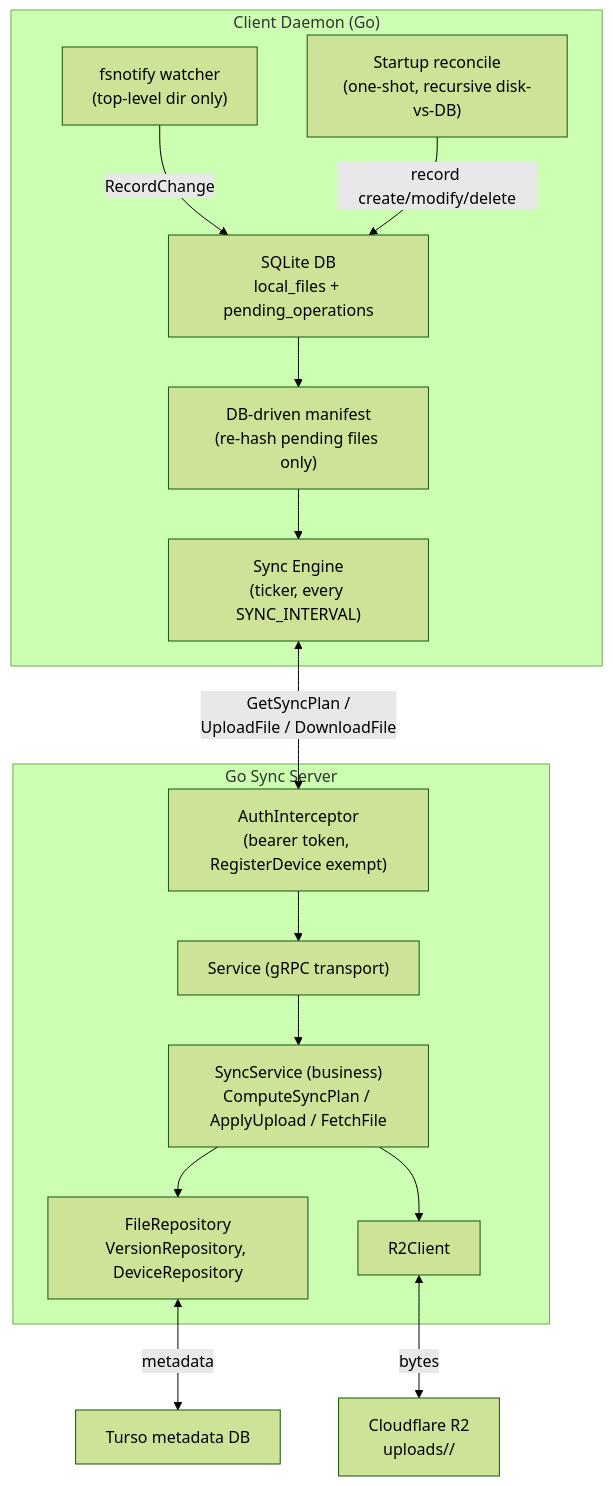
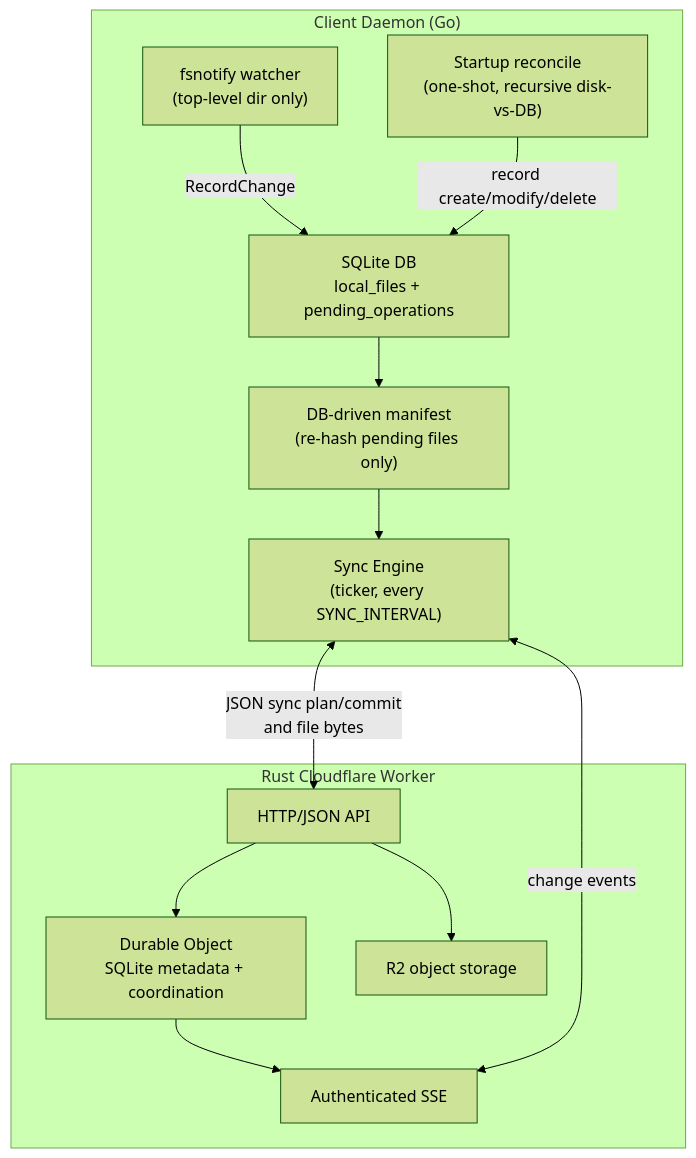
Before and after one commit to ShivangNagta/data_sync: the diagram in README.md, drawn with Mermaid (forest theme). The commit also changed other lines of this file and 21 other files, not shown here.

````diff
--- a/README.md
+++ b/README.md
@@ -8,35 +8,29 @@
 ```mermaid
 flowchart TB
     subgraph Client["Client Daemon (Go)"]
         Watcher["fsnotify watcher<br/>(top-level dir only)"]
         Reconcile["Startup reconcile<br/>(one-shot, recursive disk-vs-DB)"]
         LocalDB["SQLite DB<br/>local_files + pending_operations"]
         Manifest["DB-driven manifest<br/>(re-hash pending files only)"]
         SyncEngine["Sync Engine<br/>(ticker, every SYNC_INTERVAL)"]
 
         Watcher -->|"RecordChange"| LocalDB
         Reconcile -->|"record create/modify/delete"| LocalDB
         LocalDB --> Manifest
         Manifest --> SyncEngine
     end
 
-    subgraph Server["Go Sync Server"]
-        Auth["AuthInterceptor<br/>(bearer token, RegisterDevice exempt)"]
-        Transport["Service (gRPC transport)"]
-        App["SyncService (business)<br/>ComputeSyncPlan / ApplyUpload / FetchFile"]
-        Repos["FileRepository<br/>VersionRepository, DeviceRepository"]
-        R2Client["R2Client"]
+    subgraph Worker["Rust Cloudflare Worker"]
+        API["HTTP/JSON API"]
+        DurableObject["Durable Object<br/>SQLite metadata + coordination"]
+        R2Client["R2 object storage"]
+        Events["Authenticated SSE"]
 
-        Auth --> Transport
-        Transport --> App
-        App --> Repos
-        App --> R2Client
+        API --> DurableObject
+        API --> R2Client
+        DurableObject --> Events
     end
 
-    Turso["Turso metadata DB"]
-    R2["Cloudflare R2<br/>uploads/<file_id>/<version_id>"]
-
-    SyncEngine <-->|"GetSyncPlan /<br/>UploadFile / DownloadFile"| Auth
-    Repos <-->|"metadata"| Turso
-    R2Client <-->|"bytes"| R2
+    SyncEngine <-->|"JSON sync plan/commit<br/>and file bytes"| API
+    SyncEngine <-->|"change events"| Events
 ```
````
